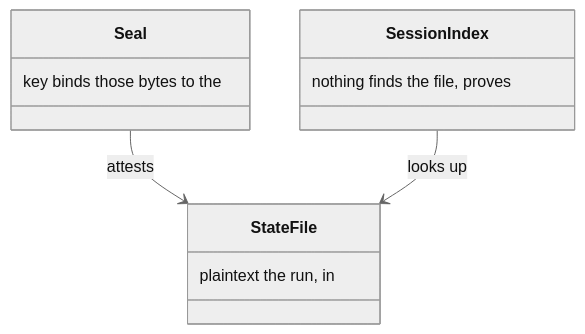
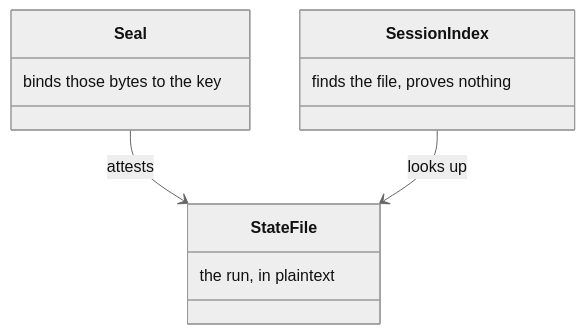
The fourth of 16 diagrams in docs/fidelity.md (m2ux/workflow-server), drawn with Mermaid (neutral theme) before and after one commit. The commit also changed other lines of this file and 10 other files, not shown here.

Commit message:
Write each class-box note in reading order so the diagram shows the phrase as written.

````diff
--- a/docs/fidelity.md
+++ b/docs/fidelity.md
@@ -59,14 +59,14 @@
 ```mermaid
 classDiagram
   class StateFile {
-    plaintext the run, in
+    the run, in plaintext
   }
   class Seal {
-    key binds those bytes to the
+    binds those bytes to the key
   }
   class SessionIndex {
-    nothing finds the file, proves
+    finds the file, proves nothing
   }
   Seal --> StateFile : attests
   SessionIndex --> StateFile : looks up
 ```
````
